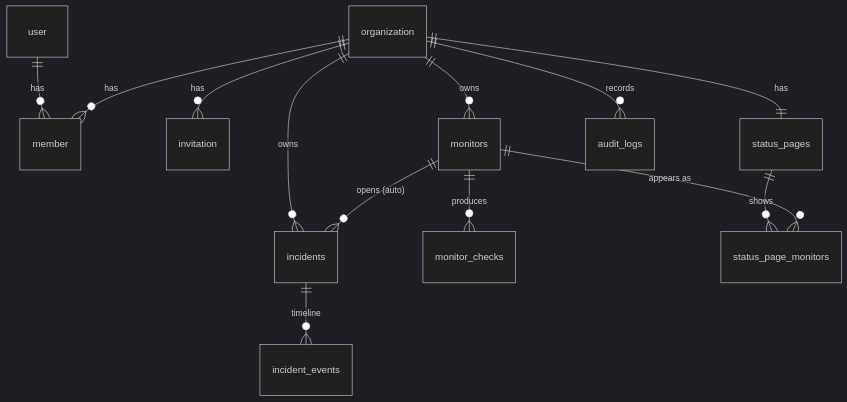
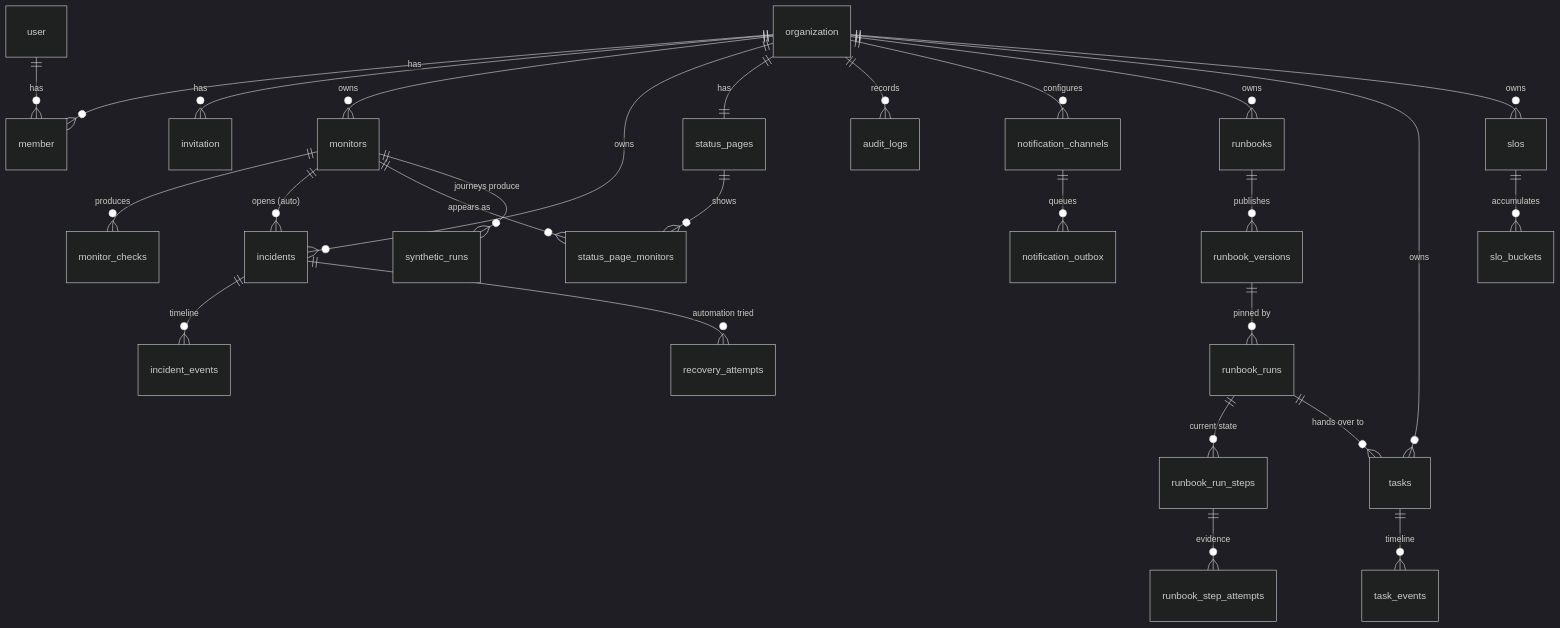
The second of 4 diagrams in ARCHITECTURE.md (dev-matow/onuptime-docker), drawn with Mermaid (dark theme) before and after one commit. The commit also changed other lines of this file and 59 other files, not shown here.

````diff
--- a/ARCHITECTURE.md
+++ b/ARCHITECTURE.md
@@ -114,15 +174,30 @@
 ```mermaid
 erDiagram
     user ||--o{ member : has
     organization ||--o{ member : has
     organization ||--o{ invitation : has
     organization ||--o{ monitors : owns
     organization ||--o{ incidents : owns
     organization ||--|| status_pages : has
     organization ||--o{ audit_logs : records
     monitors ||--o{ monitor_checks : produces
     monitors ||--o{ incidents : "opens (auto)"
     incidents ||--o{ incident_events : timeline
     status_pages ||--o{ status_page_monitors : shows
     monitors ||--o{ status_page_monitors : "appears as"
+
+    organization ||--o{ notification_channels : configures
+    notification_channels ||--o{ notification_outbox : queues
+    incidents ||--o{ recovery_attempts : "automation tried"
+    organization ||--o{ runbooks : owns
+    runbooks ||--o{ runbook_versions : publishes
+    runbook_versions ||--o{ runbook_runs : "pinned by"
+    runbook_runs ||--o{ runbook_run_steps : "current state"
+    runbook_run_steps ||--o{ runbook_step_attempts : evidence
+    runbook_runs ||--o{ tasks : "hands over to"
+    organization ||--o{ tasks : owns
+    tasks ||--o{ task_events : timeline
+    organization ||--o{ slos : owns
+    slos ||--o{ slo_buckets : accumulates
+    monitors ||--o{ synthetic_runs : "journeys produce"
 ```
````
